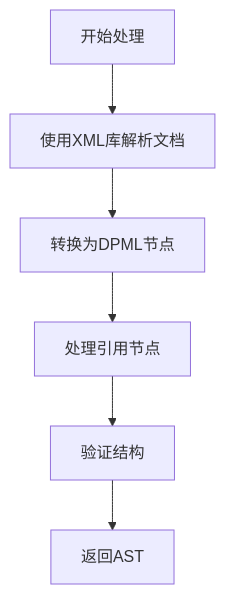
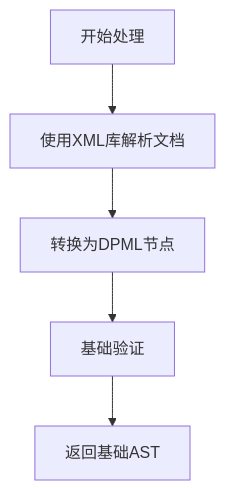
The third of 3 diagrams in packages/core/docs/parser/Core-Parser-Design.md (Deepractice/DPML), drawn with Mermaid before and after one commit. The commit also changed other lines of this file, not shown here.

````diff
--- a/packages/core/docs/parser/Core-Parser-Design.md
+++ b/packages/core/docs/parser/Core-Parser-Design.md
@@ -233,8 +207,7 @@
 ```mermaid
 flowchart TD
     Start[开始处理] --> ParseXml[使用XML库解析文档]
     ParseXml --> AdaptNodes[转换为DPML节点]
-    AdaptNodes --> ProcessRefs[处理引用节点]
-    ProcessRefs --> ValidateStruct[验证结构]
-    ValidateStruct --> Return[返回AST]
+    AdaptNodes --> ValidateBasic[基础验证]
+    ValidateBasic --> Return[返回基础AST]
 ```
````
